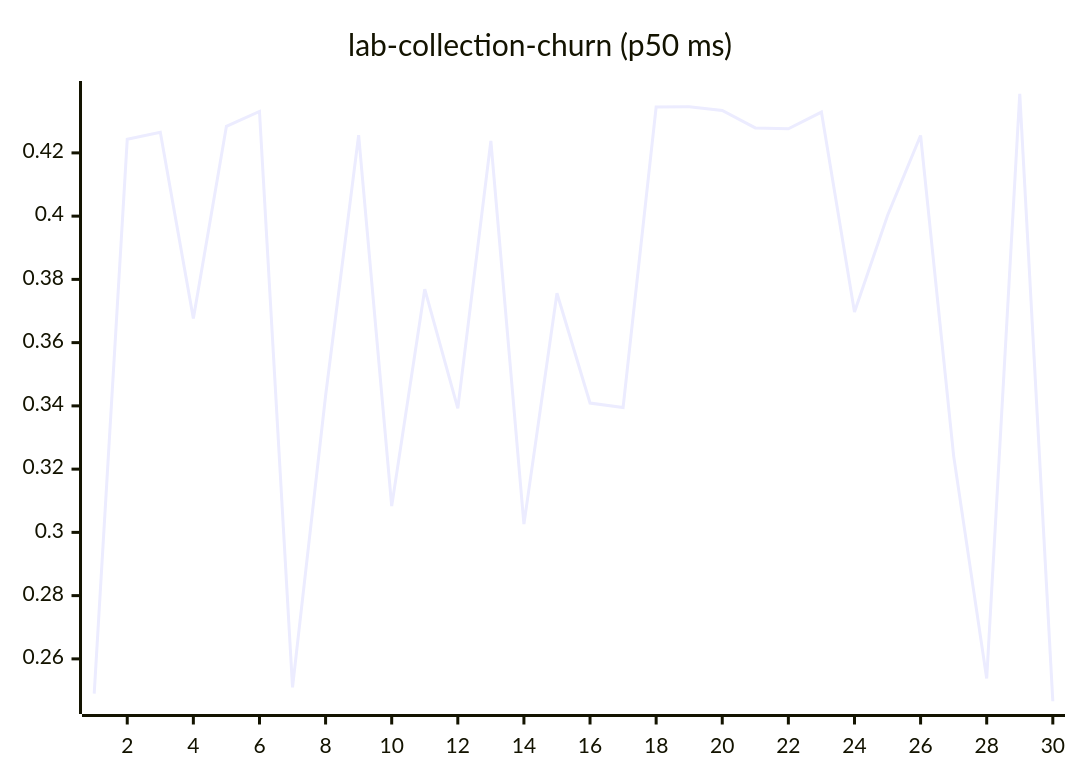
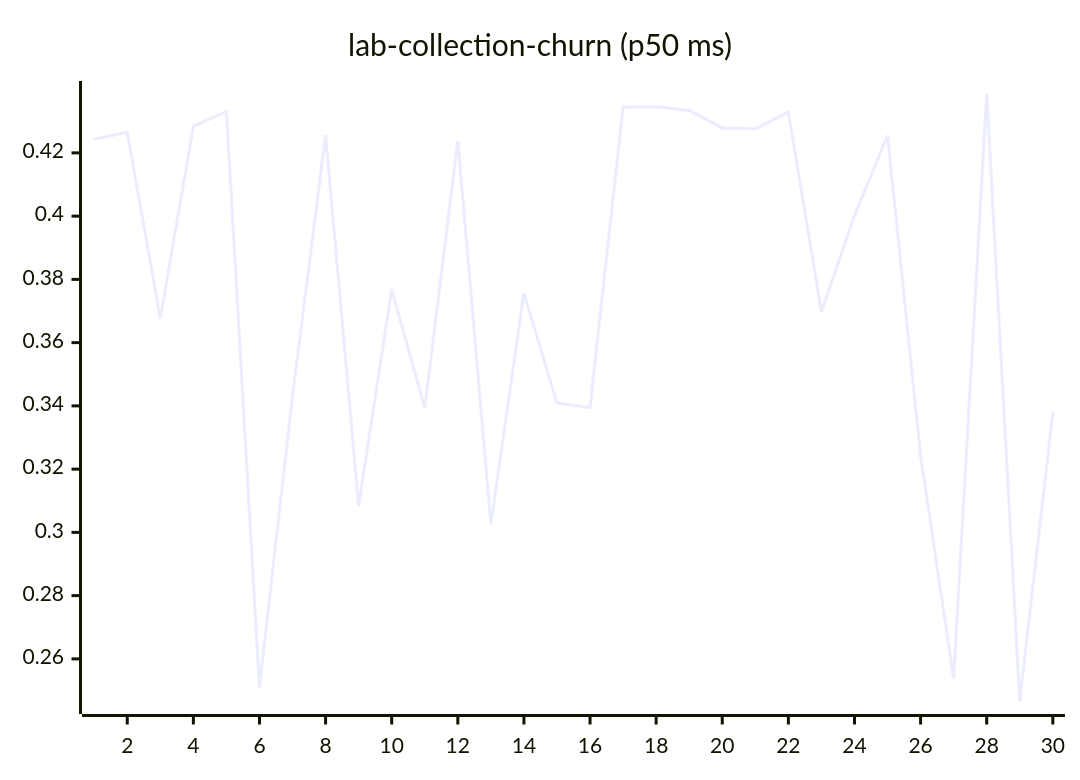
Before and after one commit to josha/Facet: diagram 11 of 27 in README.md, drawn with Mermaid. The commit also changed other lines of this file and 2 other files, not shown here.

````diff
--- a/README.md
+++ b/README.md
@@ -133,6 +133,6 @@
 ```mermaid
 xychart-beta
     title "lab-collection-churn (p50 ms)"
     x-axis 1 --> 30
-    line [0.2490, 0.4243, 0.4265, 0.3676, 0.4284, 0.4331, 0.2510, 0.3432, 0.4256, 0.3083, 0.3769, 0.3392, 0.4238, 0.3026, 0.3756, 0.3409, 0.3395, 0.4345, 0.4346, 0.4334, 0.4279, 0.4276, 0.4329, 0.3697, 0.4002, 0.4255, 0.3242, 0.2538, 0.4387, 0.2466]
+    line [0.4243, 0.4265, 0.3676, 0.4284, 0.4331, 0.2510, 0.3432, 0.4256, 0.3083, 0.3769, 0.3392, 0.4238, 0.3026, 0.3756, 0.3409, 0.3395, 0.4345, 0.4346, 0.4334, 0.4279, 0.4276, 0.4329, 0.3697, 0.4002, 0.4255, 0.3242, 0.2538, 0.4387, 0.2466, 0.3379]
 ```
````
